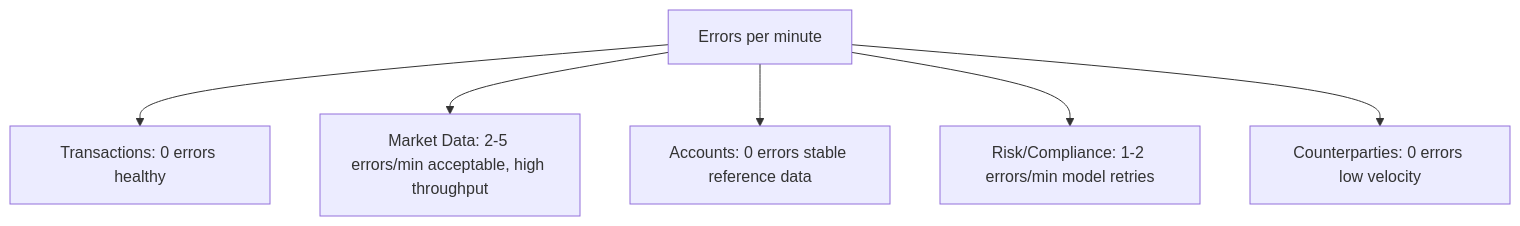
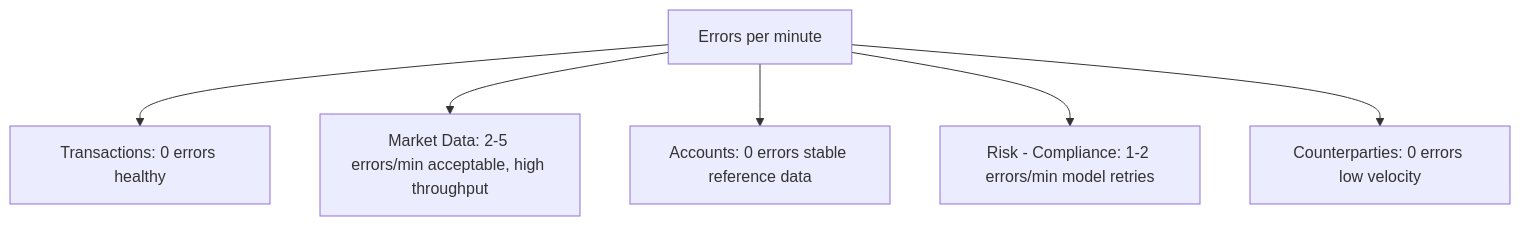
One commit to naren-chakraview/chakraview-fintech-data-mesh changed the sixth of 7 diagrams in docs/platform/observability.md. Above: the diagram before and after it, drawn with Mermaid. The commit also changed other lines of this file and 21 other files, not shown here.

First line of the commit message:
Fix mermaid diagram rendering issues in fintech data mesh documentation

````diff
--- a/docs/platform/observability.md
+++ b/docs/platform/observability.md
@@ -175,9 +175,9 @@
 ```mermaid
 graph TD
     A["Errors per minute"]
     A --> A1["Transactions: 0 errors healthy"]
     A --> A2["Market Data: 2-5 errors/min acceptable, high throughput"]
     A --> A3["Accounts: 0 errors stable reference data"]
-    A --> A4["Risk/Compliance: 1-2 errors/min model retries"]
+    A --> A4["Risk - Compliance: 1-2 errors/min model retries"]
     A --> A5["Counterparties: 0 errors low velocity"]
 ```
````
